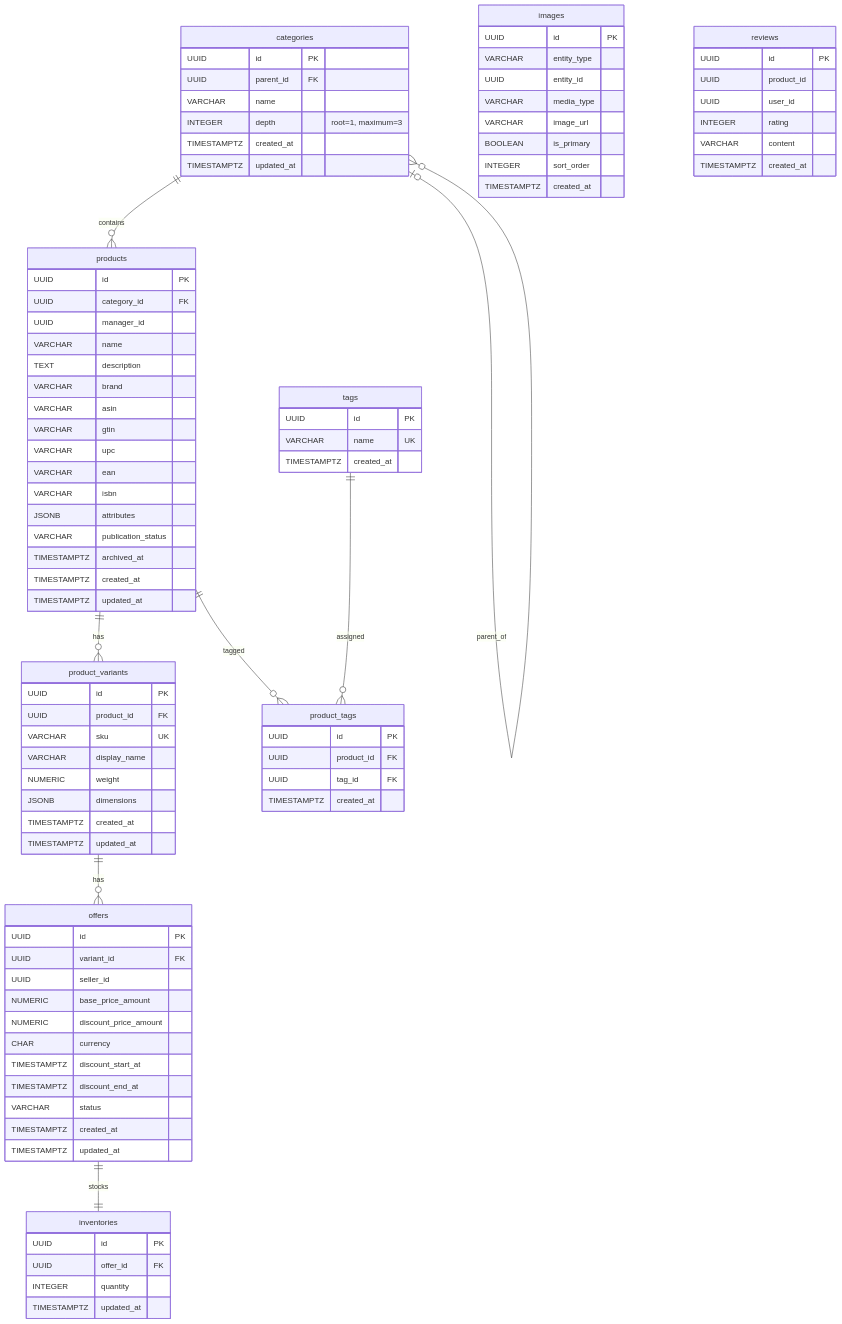
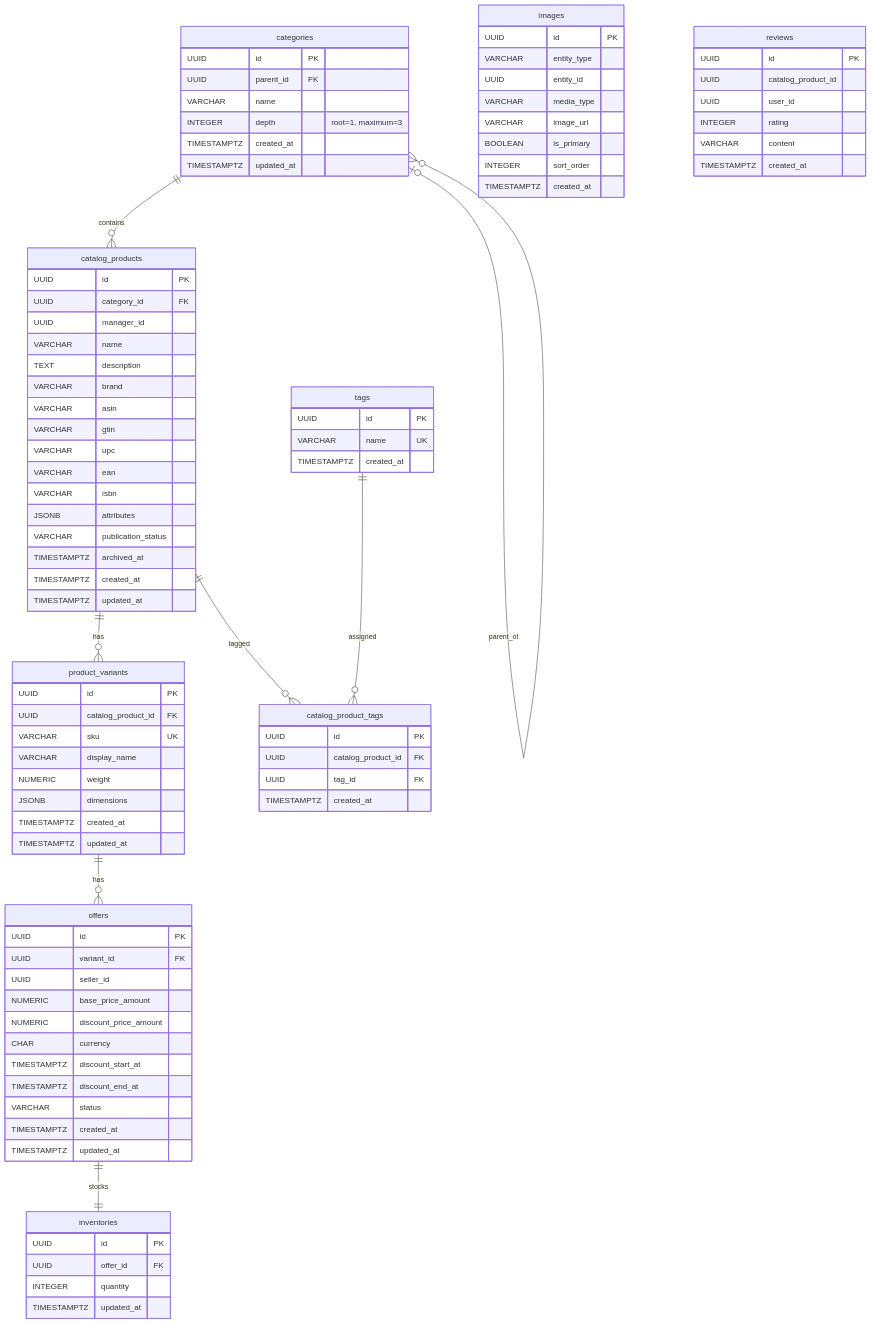
Before and after one commit to metDaisy/e-commerce-clone-coding: the second of 7 diagrams in README.md, drawn with Mermaid. The commit also changed other lines of this file and 12 other files, not shown here.

````diff
--- a/README.md
+++ b/README.md
@@ -111,7 +111,7 @@
         TIMESTAMPTZ created_at
         TIMESTAMPTZ updated_at
     }
-    products {
+    catalog_products {
         UUID id PK
         UUID category_id FK
         UUID manager_id
@@ -131,7 +131,7 @@
     }
     product_variants {
         UUID id PK
-        UUID product_id FK
+        UUID catalog_product_id FK
         VARCHAR sku UK
         VARCHAR display_name
         NUMERIC weight
@@ -173,15 +173,15 @@
         VARCHAR name UK
         TIMESTAMPTZ created_at
     }
-    product_tags {
+    catalog_product_tags {
         UUID id PK
-        UUID product_id FK
+        UUID catalog_product_id FK
         UUID tag_id FK
         TIMESTAMPTZ created_at
     }
     reviews {
         UUID id PK
-        UUID product_id
+        UUID catalog_product_id
         UUID user_id
         INTEGER rating
         VARCHAR content
@@ -189,10 +189,10 @@
     }
 
     categories o|--o{ categories : parent_of
-    categories ||--o{ products : contains
-    products ||--o{ product_variants : has
+    categories ||--o{ catalog_products : contains
+    catalog_products ||--o{ product_variants : has
     product_variants ||--o{ offers : has
     offers ||--|| inventories : stocks
-    products ||--o{ product_tags : tagged
-    tags ||--o{ product_tags : assigned
+    catalog_products ||--o{ catalog_product_tags : tagged
+    tags ||--o{ catalog_product_tags : assigned
 ```
````
